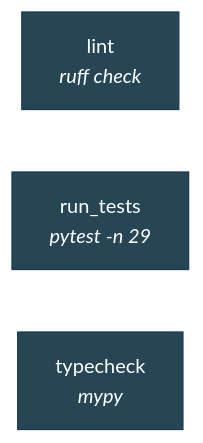
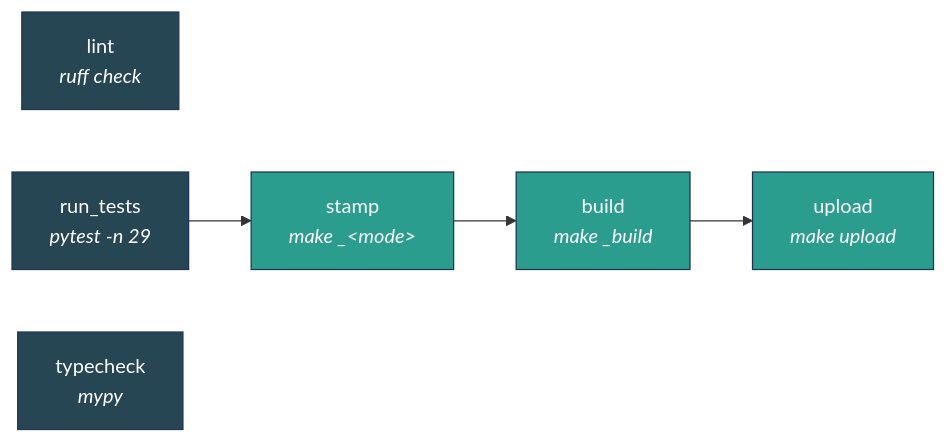
Before and after one commit to progovoy/vmn: the second of 2 diagrams in ci/README.md, drawn with Mermaid. The commit also changed other lines of this file and 2 other files, not shown here.

First line of the commit message:
feat(ci): add optional stamp/build/upload release lane to the pipeline

````diff
--- a/ci/README.md
+++ b/ci/README.md
@@ -46,10 +46,16 @@
 ```mermaid
 graph LR
     lint["lint<br/><i>ruff check</i>"]
     run_tests["run_tests<br/><i>pytest -n 29</i>"]
     typecheck["typecheck<br/><i>mypy</i>"]
+    run_tests --> stamp["stamp<br/><i>make _&lt;mode&gt;</i>"]
+    stamp --> build["build<br/><i>make _build</i>"]
+    build --> upload["upload<br/><i>make upload</i>"]
 
     style lint fill:#264653,stroke:#1d3557,color:#fff
     style run_tests fill:#264653,stroke:#1d3557,color:#fff
     style typecheck fill:#264653,stroke:#1d3557,color:#fff
+    style stamp fill:#2a9d8f,stroke:#1d3557,color:#fff
+    style build fill:#2a9d8f,stroke:#1d3557,color:#fff
+    style upload fill:#2a9d8f,stroke:#1d3557,color:#fff
 ```
````
